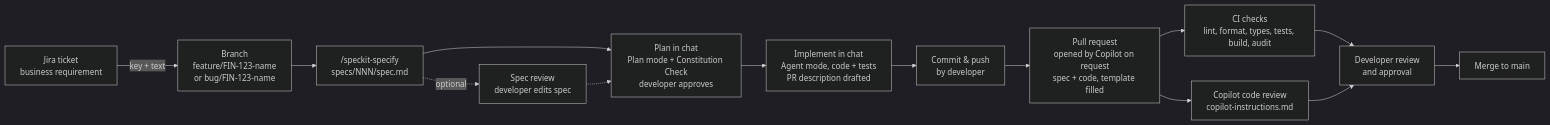
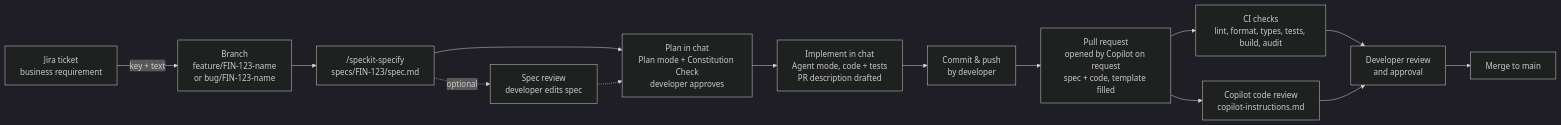
Before and after one commit to fs-fabianperler/testrepo: the diagram in README.md, drawn with Mermaid (dark theme). The commit also changed other lines of this file, not shown here.

````diff
--- a/README.md
+++ b/README.md
@@ -11,16 +11,16 @@
 ```mermaid
 flowchart LR
   J["Jira ticket<br/>business requirement"] -->|"key + text"| B["Branch<br/>feature/FIN-123-name<br/>or bug/FIN-123-name"]
-  B --> S["/speckit-specify<br/>specs/NNN/spec.md"]
+  B --> S["/speckit-specify<br/>specs/FIN-123/spec.md"]
   S -.->|optional| R["Spec review<br/>developer edits spec"]
   S --> P["Plan in chat<br/>Plan mode + Constitution Check<br/>developer approves"]
   R -.-> P
   P --> I["Implement in chat<br/>Agent mode, code + tests<br/>PR description drafted"]
   I --> C["Commit & push<br/>by developer"]
   C --> PR["Pull request<br/>opened by Copilot on request<br/>spec + code, template filled"]
   PR --> CI["CI checks<br/>lint, format, types, tests, build, audit"]
   PR --> CR["Copilot code review<br/>copilot-instructions.md"]
   CI --> H["Developer review<br/>and approval"]
   CR --> H
   H --> M["Merge to main"]
 ```
````
